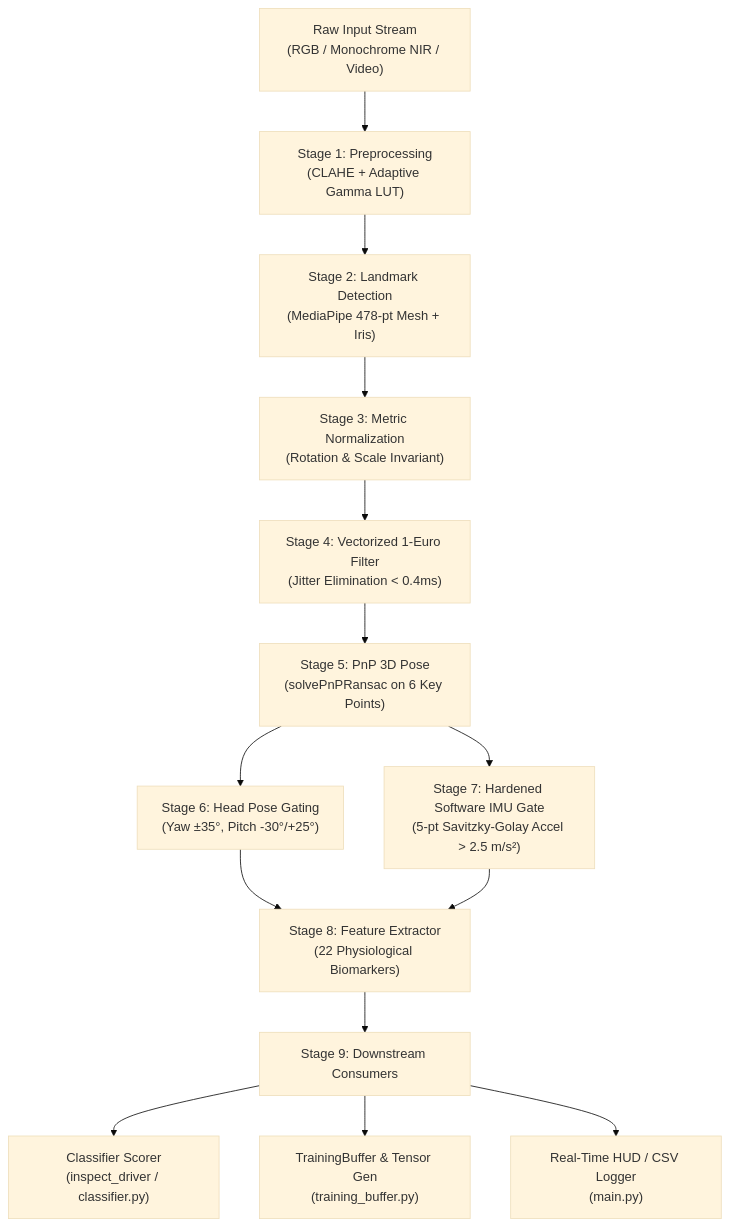
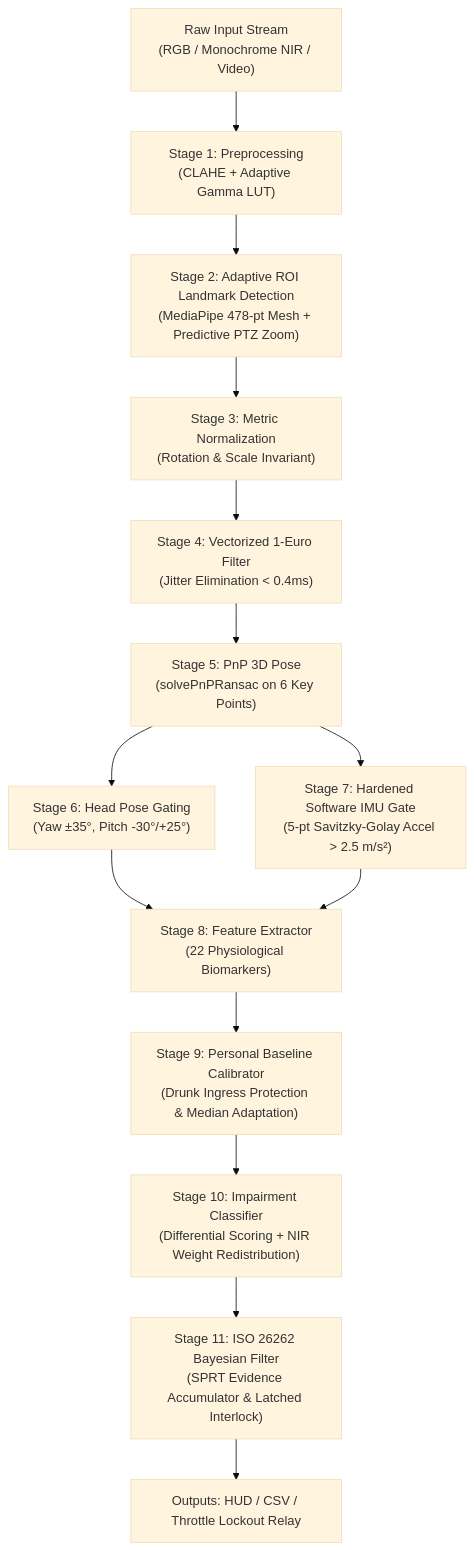
The diagram in README.md (Thanos3541R/The_Overclocked), drawn with Mermaid (base theme) before and after one commit. The commit also changed other lines of this file, not shown here.

Commit message:
docs: update README with Adaptive ROI tracking, Bayesian filter, Drunk Ingress bounding, and 128 test suite

````diff
--- a/README.md
+++ b/README.md
@@ -37,15 +70,15 @@
 ```mermaid
 flowchart TD
     A["Raw Input Stream<br/>(RGB / Monochrome NIR / Video)"] --> B["Stage 1: Preprocessing<br/>(CLAHE + Adaptive Gamma LUT)"]
-    B --> C["Stage 2: Landmark Detection<br/>(MediaPipe 478-pt Mesh + Iris)"]
+    B --> C["Stage 2: Adaptive ROI Landmark Detection<br/>(MediaPipe 478-pt Mesh + Predictive PTZ Zoom)"]
     C --> D["Stage 3: Metric Normalization<br/>(Rotation & Scale Invariant)"]
     D --> E["Stage 4: Vectorized 1-Euro Filter<br/>(Jitter Elimination < 0.4ms)"]
     E --> F["Stage 5: PnP 3D Pose<br/>(solvePnPRansac on 6 Key Points)"]
     F --> G["Stage 6: Head Pose Gating<br/>(Yaw ±35°, Pitch -30°/+25°)"]
     F --> H["Stage 7: Hardened Software IMU Gate<br/>(5-pt Savitzky-Golay Accel > 2.5 m/s²)"]
     G & H --> I["Stage 8: Feature Extractor<br/>(22 Physiological Biomarkers)"]
-    I --> J["Stage 9: Downstream Consumers"]
-    J --> K["Classifier Scorer<br/>(inspect_driver / classifier.py)"]
-    J --> L["TrainingBuffer & Tensor Gen<br/>(training_buffer.py)"]
-    J --> M["Real-Time HUD / CSV Logger<br/>(main.py)"]
+    I --> J["Stage 9: Personal Baseline Calibrator<br/>(Drunk Ingress Protection & Median Adaptation)"]
+    J --> K["Stage 10: Impairment Classifier<br/>(Differential Scoring + NIR Weight Redistribution)"]
+    K --> L["Stage 11: ISO 26262 Bayesian Filter<br/>(SPRT Evidence Accumulator & Latched Interlock)"]
+    L --> M["Outputs: HUD / CSV / Throttle Lockout Relay"]
 ```
````
